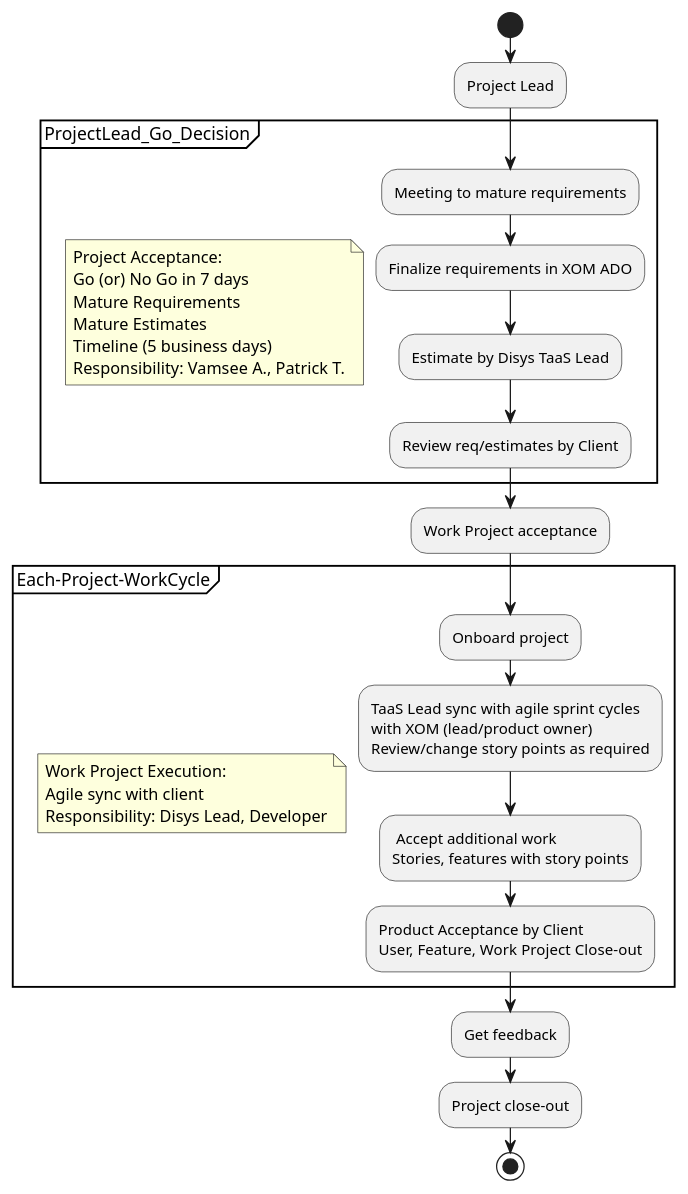
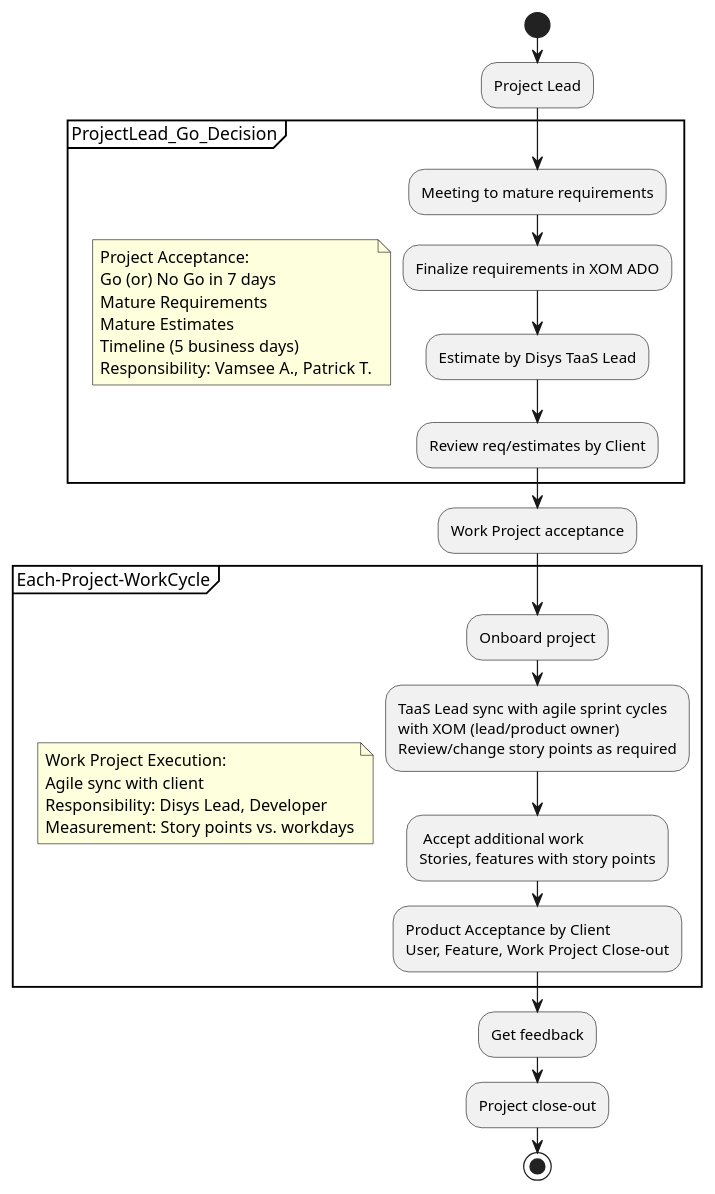
One commit to vamseeachanta/energy changed the diagram in tools/puml/project_process_workflow.puml. Above: the diagram before and after it, drawn with PlantUML. The commit also changed 1 other file, not shown here.

```diff
--- a/tools/puml/project_process_workflow.puml
+++ b/tools/puml/project_process_workflow.puml
@@ -1,47 +1,48 @@
 @startuml project_process_workflow
 start
 :Project Lead;
 partition ProjectLead_Go_Decision {
 
 note
     Project Acceptance: 
     Go (or) No Go in 7 days
     Mature Requirements
     Mature Estimates
     Timeline (5 business days)
     Responsibility: Vamsee A., Patrick T.
 end note
 
 :Meeting to mature requirements;
 :Finalize requirements in XOM ADO;
 :Estimate by Disys TaaS Lead;
 :Review req/estimates by Client;
 
 }
 
 :Work Project acceptance;
 
 partition Each-Project-WorkCycle {
 
 note
     Work Project Execution:
     Agile sync with client
     Responsibility: Disys Lead, Developer
+    Measurement: Story points vs. workdays
 end note
 
 :Onboard project;
 :TaaS Lead sync with agile sprint cycles
 with XOM (lead/product owner)
 Review/change story points as required;
 : Accept additional work
 Stories, features with story points;
 :Product Acceptance by Client
 User, Feature, Work Project Close-out;
 
 }
 
 :Get feedback;
 :Project close-out;
 
 stop
 @enduml
```
